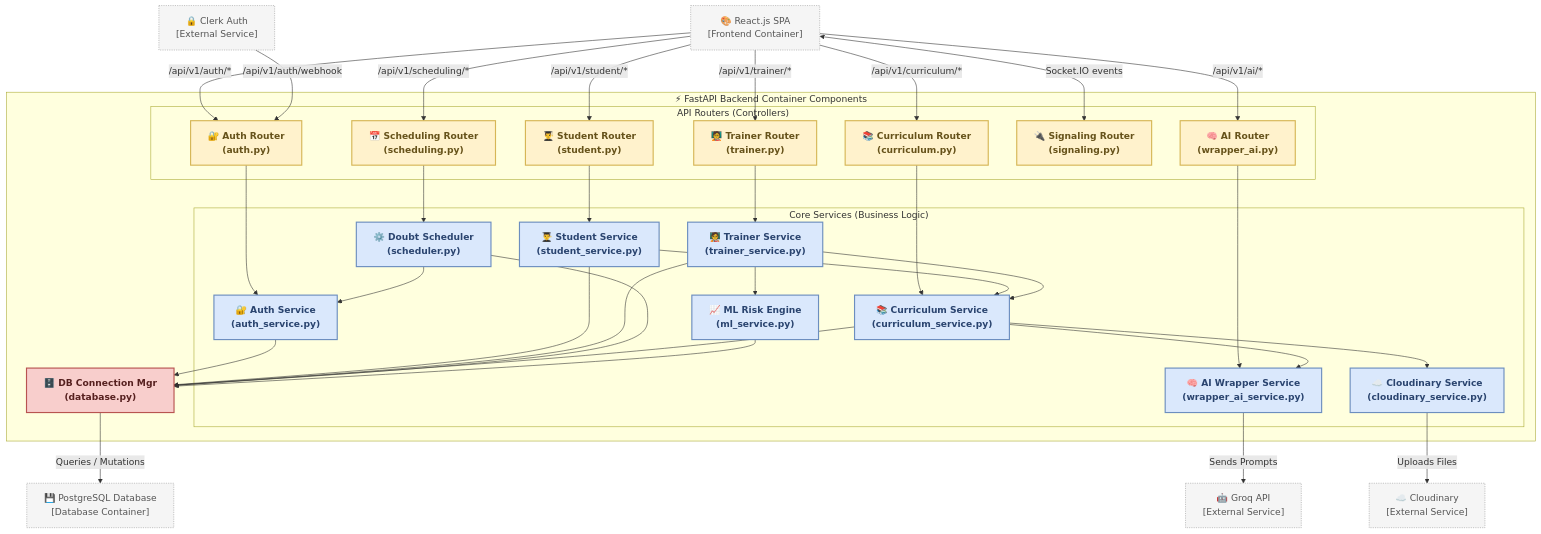
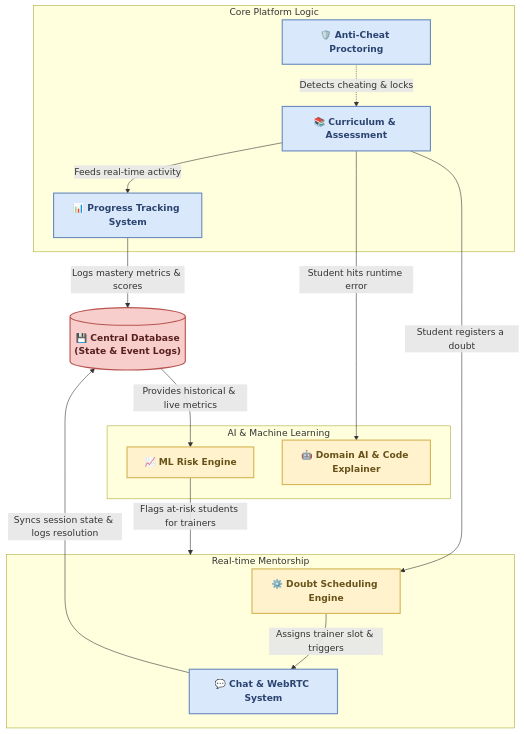
Before and after one commit to suyash-rgb/JS-Mentor: the third of 21 diagrams in README.md, drawn with Mermaid. The commit also changed other lines of this file, not shown here.

Commit message:
replace C4 Component Diagram with Logical Architecture Diagram

````diff
--- a/README.md
+++ b/README.md
@@ -125,84 +125,41 @@
 ```mermaid
 flowchart TD
     %% Styling Classes
-    classDef router fill:#FFF2CC,stroke:#D6B656,stroke-width:2px,color:#66521A,font-weight:bold;
-    classDef service fill:#DAE8FC,stroke:#6C8EBF,stroke-width:2px,color:#2A446F,font-weight:bold;
+    classDef engine fill:#FFF2CC,stroke:#D6B656,stroke-width:2px,color:#66521A,font-weight:bold;
+    classDef subsystem fill:#DAE8FC,stroke:#6C8EBF,stroke-width:2px,color:#2A446F,font-weight:bold;
     classDef db fill:#F8CECC,stroke:#B85450,stroke-width:2px,color:#56201F,font-weight:bold;
     classDef ext fill:#F5F5F5,stroke:#999999,stroke-width:1px,color:#555555,stroke-dasharray: 2 2;
 
-    %% Outer components representing boundaries
-    ReactApp["🎨 React.js SPA<br/>[Frontend Container]"]:::ext
-    Postgres["💾 PostgreSQL Database<br/>[Database Container]"]:::ext
-    Clerk["🔒 Clerk Auth<br/>[External Service]"]:::ext
-    Groq["🤖 Groq API<br/>[External Service]"]:::ext
-    Cloudinary["☁️ Cloudinary<br/>[External Service]"]:::ext
-
-    subgraph Backend_Container ["⚡ FastAPI Backend Container Components"]
-        %% Routers (Controller Layer)
-        subgraph Router_Layer ["API Routers (Controllers)"]
-            AuthRouter["🔐 Auth Router<br/>(auth.py)"]:::router
-            StudentRouter["👨‍🎓 Student Router<br/>(student.py)"]:::router
-            TrainerRouter["🧑‍🏫 Trainer Router<br/>(trainer.py)"]:::router
-            CurriculumRouter["📚 Curriculum Router<br/>(curriculum.py)"]:::router
-            SchedRouter["📅 Scheduling Router<br/>(scheduling.py)"]:::router
-            SignalingRouter["🔌 Signaling Router<br/>(signaling.py)"]:::router
-            AiRouter["🧠 AI Router<br/>(wrapper_ai.py)"]:::router
-        end
-
-        %% Services (Business Logic Layer)
-        subgraph Service_Layer ["Core Services (Business Logic)"]
-            AuthService["🔐 Auth Service<br/>(auth_service.py)"]:::service
-            StudentService["👨‍🎓 Student Service<br/>(student_service.py)"]:::service
-            TrainerService["🧑‍🏫 Trainer Service<br/>(trainer_service.py)"]:::service
-            CurricService["📚 Curriculum Service<br/>(curriculum_service.py)"]:::service
-            SchedEngine["⚙️ Doubt Scheduler<br/>(scheduler.py)"]:::service
-            MLService["📈 ML Risk Engine<br/>(ml_service.py)"]:::service
-            AiService["🧠 AI Wrapper Service<br/>(wrapper_ai_service.py)"]:::service
-            CloudinaryService["☁️ Cloudinary Service<br/>(cloudinary_service.py)"]:::service
-        end
-
-        %% Database connection
-        DbSession["🗄️ DB Connection Mgr<br/>(database.py)"]:::db
+    %% Logical Subsystems
+    subgraph Core_Platform ["Core Platform Logic"]
+        Curriculum["📚 Curriculum & Assessment"]:::subsystem
+        Progress["📊 Progress Tracking System"]:::subsystem
+        AntiCheat["🛡️ Anti-Cheat Proctoring"]:::subsystem
     end
 
-    %% Interactions
-    ReactApp -->|"/api/v1/auth/*"| AuthRouter
-    ReactApp -->|"/api/v1/student/*"| StudentRouter
-    ReactApp -->|"/api/v1/trainer/*"| TrainerRouter
-    ReactApp -->|"/api/v1/curriculum/*"| CurriculumRouter
-    ReactApp -->|"/api/v1/scheduling/*"| SchedRouter
-    ReactApp -->|"/api/v1/ai/*"| AiRouter
-    ReactApp <-->|Socket.IO events| SignalingRouter
+    subgraph Intelligence ["AI & Machine Learning"]
+        MLEngine["📈 ML Risk Engine"]:::engine
+        AIAssistant["🤖 Domain AI & Code Explainer"]:::engine
+    end
 
-    %% Webhook connection
-    Clerk -->|"/api/v1/auth/webhook"| AuthRouter
+    subgraph Mentorship ["Real-time Mentorship"]
+        Scheduler["⚙️ Doubt Scheduling Engine"]:::engine
+        ChatWebRTC["💬 Chat & WebRTC System"]:::subsystem
+    end
 
-    %% Router to Service wiring
-    AuthRouter --> AuthService
-    StudentRouter --> StudentService
-    TrainerRouter --> TrainerService
-    CurriculumRouter --> CurricService
-    SchedRouter --> SchedEngine
-    AiRouter --> AiService
+    Database[("💾 Central Database<br/>(State & Event Logs)")]:::db
 
-    %% Cross-service dependencies
-    StudentService --> CurricService
-    TrainerService --> CurricService
-    TrainerService --> MLService
-    CurricService --> AiService
-    SchedEngine --> AuthService
-    CurricService --> CloudinaryService
-
-    %% Services to External APIs
-    AiService -->|Sends Prompts| Groq
-    CloudinaryService -->|Uploads Files| Cloudinary
-
-    %% Database interactions
-    AuthService --> DbSession
-    StudentService --> DbSession
-    TrainerService --> DbSession
-    CurricService --> DbSession
-    SchedEngine --> DbSession
-    MLService --> DbSession
-    DbSession -->|Queries / Mutations| Postgres
+    %% Functional Interactions & Data Flow
+    Curriculum -->|Feeds real-time activity| Progress
+    AntiCheat -.->|Detects cheating & locks| Curriculum
+    
+    Progress -->|Logs mastery metrics & scores| Database
+    Database -->|Provides historical & live metrics| MLEngine
+    MLEngine -->|Flags at-risk students for trainers| Mentorship
+    
+    Curriculum -->|Student registers a doubt| Scheduler
+    Scheduler -->|Assigns trainer slot & triggers| ChatWebRTC
+    ChatWebRTC -->|Syncs session state & logs resolution| Database
+    
+    Curriculum -->|Student hits runtime error| AIAssistant
 ```
````
